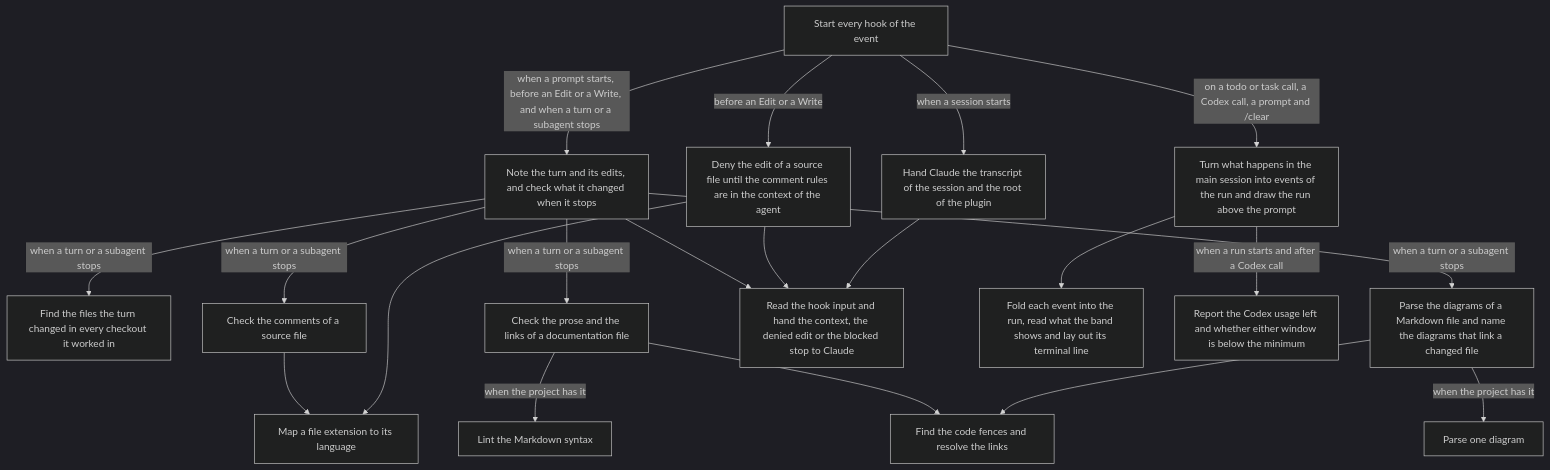
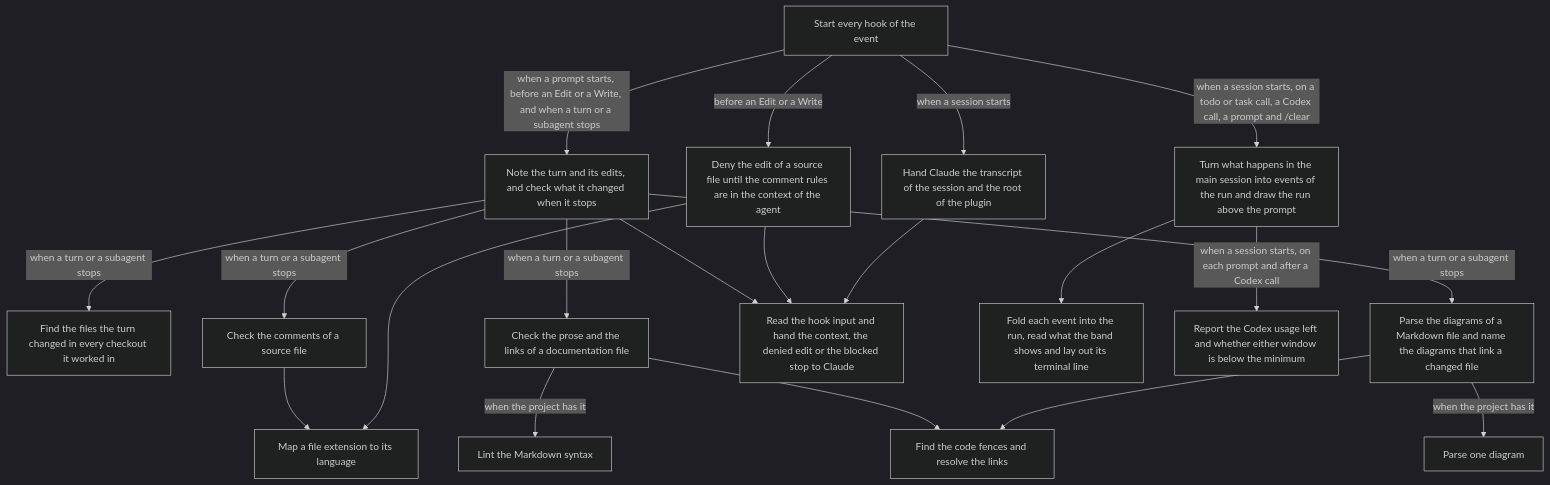
One commit to renefatuaki/skills changed the diagram in hooks/README.md. Above: the diagram before and after it, drawn with Mermaid (dark theme). The commit also changed other lines of this file and 5 other files, not shown here.

First line of the commit message:
feat(hooks): show the Codex usage above the prompt at all times

````diff
--- a/hooks/README.md
+++ b/hooks/README.md
@@ -5,24 +5,24 @@
 ```mermaid
 flowchart TD
   accTitle: What happens when a session starts, while a turn runs, and while Claude works through a todo list?
   hooksJson["Start every hook of the event"]
   hooksJson -->|"when a session starts"| sessionContext["Hand Claude the transcript of the session and the root of the plugin"]
   hooksJson -->|"before an Edit or a Write"| loadCommentRules["Deny the edit of a source file until the comment rules are in the context of the agent"]
   hooksJson -->|"when a prompt starts, before an Edit or a Write, and when a turn or a subagent stops"| checkTurn["Note the turn and its edits, and check what it changed when it stops"]
-  hooksJson -->|"on a todo or task call, a Codex call, a prompt and /clear"| progress["Turn what happens in the main session into events of the run and draw the run above the prompt"]
+  hooksJson -->|"when a session starts, on a todo or task call, a Codex call, a prompt and /clear"| progress["Turn what happens in the main session into events of the run and draw the run above the prompt"]
   checkTurn -->|"when a turn or a subagent stops"| changes["Find the files the turn changed in every checkout it worked in"]
   checkTurn -->|"when a turn or a subagent stops"| comments["Check the comments of a source file"]
   checkTurn -->|"when a turn or a subagent stops"| docs["Check the prose and the links of a documentation file"]
   checkTurn -->|"when a turn or a subagent stops"| diagrams["Parse the diagrams of a Markdown file and name the diagrams that link a changed file"]
   docs -->|"when the project has it"| markdownlint["Lint the Markdown syntax"]
   diagrams -->|"when the project has it"| mermaid["Parse one diagram"]
   docs --> markdown["Find the code fences and resolve the links"]
   diagrams --> markdown
   comments --> languages["Map a file extension to its language"]
   loadCommentRules --> languages
   checkTurn --> hook["Read the hook input and hand the context, the denied edit or the blocked stop to Claude"]
   loadCommentRules --> hook
   sessionContext --> hook
   progress --> run["Fold each event into the run, read what the band shows and lay out its terminal line"]
-  progress -->|"when a run starts and after a Codex call"| codexModel["Report the Codex usage left and whether either window is below the minimum"]
+  progress -->|"when a session starts, on each prompt and after a Codex call"| codexModel["Report the Codex usage left and whether either window is below the minimum"]
 ```
````
